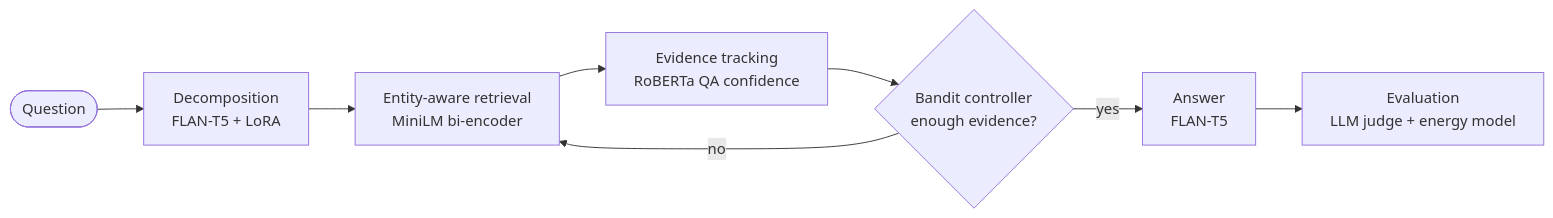
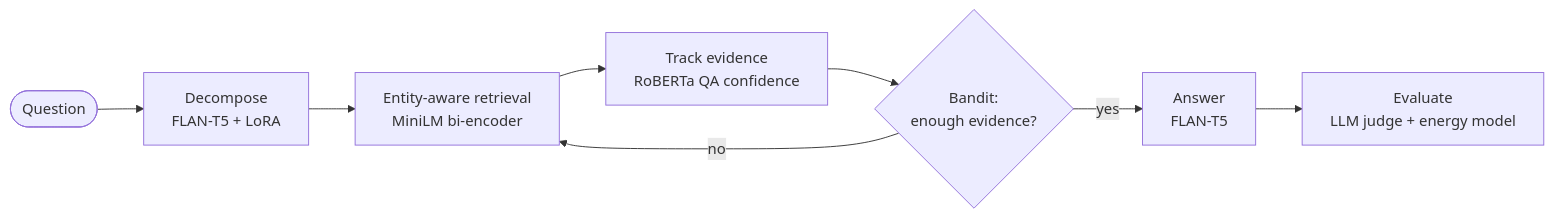
Before and after one commit to pradhanashwarya2122/pradhanashwarya2122: the seventh of 7 diagrams in README.md, drawn with Mermaid. The commit also changed other lines of this file, not shown here.

````diff
--- a/README.md
+++ b/README.md
@@ -290,10 +280,10 @@
 ```mermaid
 flowchart LR
-    Q([Question]) --> DC[Decomposition<br/>FLAN-T5 + LoRA]
+    Q([Question]) --> DC[Decompose<br/>FLAN-T5 + LoRA]
     DC --> RT[Entity-aware retrieval<br/>MiniLM bi-encoder]
-    RT --> EV[Evidence tracking<br/>RoBERTa QA confidence]
-    EV --> BD{Bandit controller<br/>enough evidence?}
+    RT --> EV[Track evidence<br/>RoBERTa QA confidence]
+    EV --> BD{Bandit:<br/>enough evidence?}
     BD -- no --> RT
     BD -- yes --> AN[Answer<br/>FLAN-T5]
-    AN --> EVL[Evaluation<br/>LLM judge + energy model]
+    AN --> EVL[Evaluate<br/>LLM judge + energy model]
 ```
````
